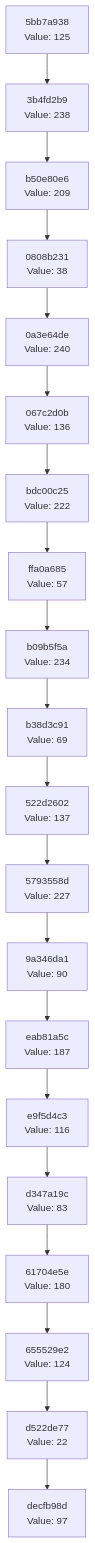
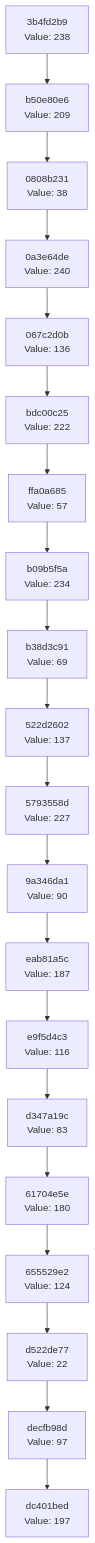
One commit to Abhisheksinha1506/hash-chain-evolver changed the diagram in docs/CHAIN_VISUALIZATION.md. Above: the diagram before and after it, drawn with Mermaid. The commit also changed 1 other file, not shown here.

Commit message:
Evolution Step

````diff
--- a/docs/CHAIN_VISUALIZATION.md
+++ b/docs/CHAIN_VISUALIZATION.md
@@ -3,42 +3,42 @@
 ```mermaid
 graph TD
-    C0["decfb98d<br/>Value: 97"]
-    C1["d522de77<br/>Value: 22"]
+    C0["dc401bed<br/>Value: 197"]
+    C1["decfb98d<br/>Value: 97"]
     C1 --> C0
-    C2["655529e2<br/>Value: 124"]
+    C2["d522de77<br/>Value: 22"]
     C2 --> C1
-    C3["61704e5e<br/>Value: 180"]
+    C3["655529e2<br/>Value: 124"]
     C3 --> C2
-    C4["d347a19c<br/>Value: 83"]
+    C4["61704e5e<br/>Value: 180"]
     C4 --> C3
-    C5["e9f5d4c3<br/>Value: 116"]
+    C5["d347a19c<br/>Value: 83"]
     C5 --> C4
-    C6["eab81a5c<br/>Value: 187"]
+    C6["e9f5d4c3<br/>Value: 116"]
     C6 --> C5
-    C7["9a346da1<br/>Value: 90"]
+    C7["eab81a5c<br/>Value: 187"]
     C7 --> C6
-    C8["5793558d<br/>Value: 227"]
+    C8["9a346da1<br/>Value: 90"]
     C8 --> C7
-    C9["522d2602<br/>Value: 137"]
+    C9["5793558d<br/>Value: 227"]
     C9 --> C8
-    C10["b38d3c91<br/>Value: 69"]
+    C10["522d2602<br/>Value: 137"]
     C10 --> C9
-    C11["b09b5f5a<br/>Value: 234"]
+    C11["b38d3c91<br/>Value: 69"]
     C11 --> C10
-    C12["ffa0a685<br/>Value: 57"]
+    C12["b09b5f5a<br/>Value: 234"]
     C12 --> C11
-    C13["bdc00c25<br/>Value: 222"]
+    C13["ffa0a685<br/>Value: 57"]
     C13 --> C12
-    C14["067c2d0b<br/>Value: 136"]
+    C14["bdc00c25<br/>Value: 222"]
     C14 --> C13
-    C15["0a3e64de<br/>Value: 240"]
+    C15["067c2d0b<br/>Value: 136"]
     C15 --> C14
-    C16["0808b231<br/>Value: 38"]
+    C16["0a3e64de<br/>Value: 240"]
     C16 --> C15
-    C17["b50e80e6<br/>Value: 209"]
+    C17["0808b231<br/>Value: 38"]
     C17 --> C16
-    C18["3b4fd2b9<br/>Value: 238"]
+    C18["b50e80e6<br/>Value: 209"]
     C18 --> C17
-    C19["5bb7a938<br/>Value: 125"]
+    C19["3b4fd2b9<br/>Value: 238"]
     C19 --> C18
 ```
````
